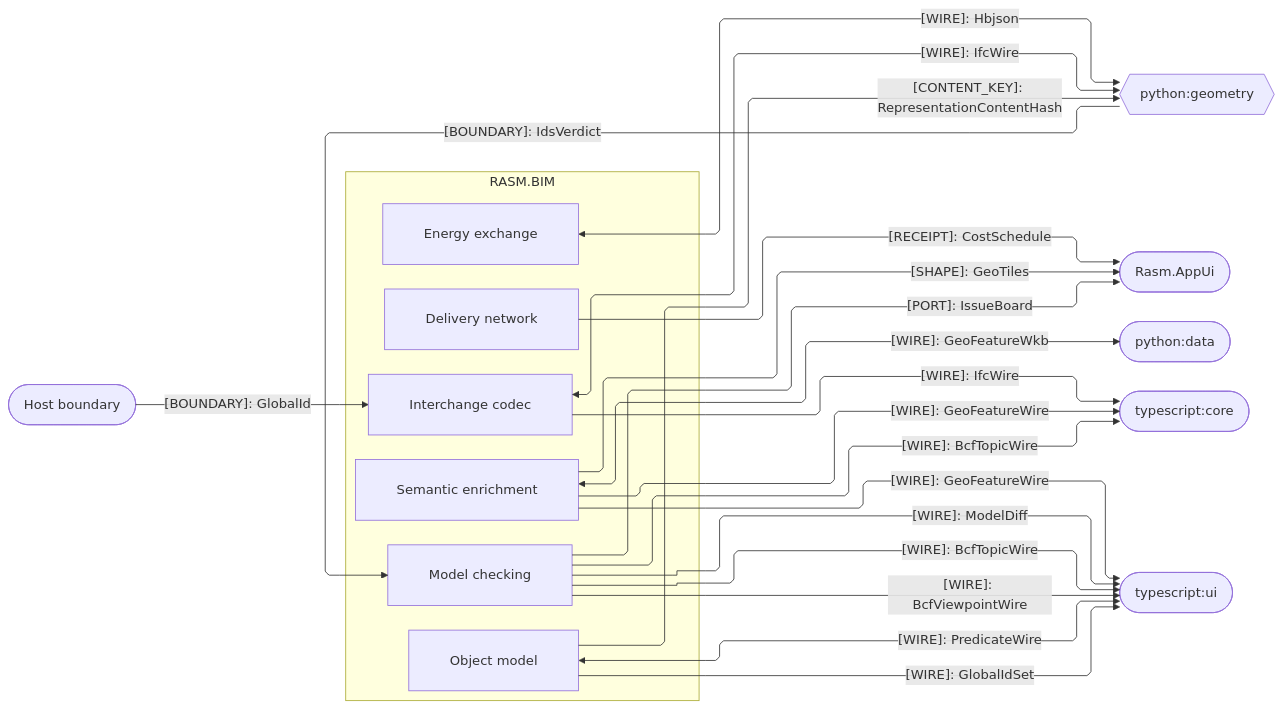
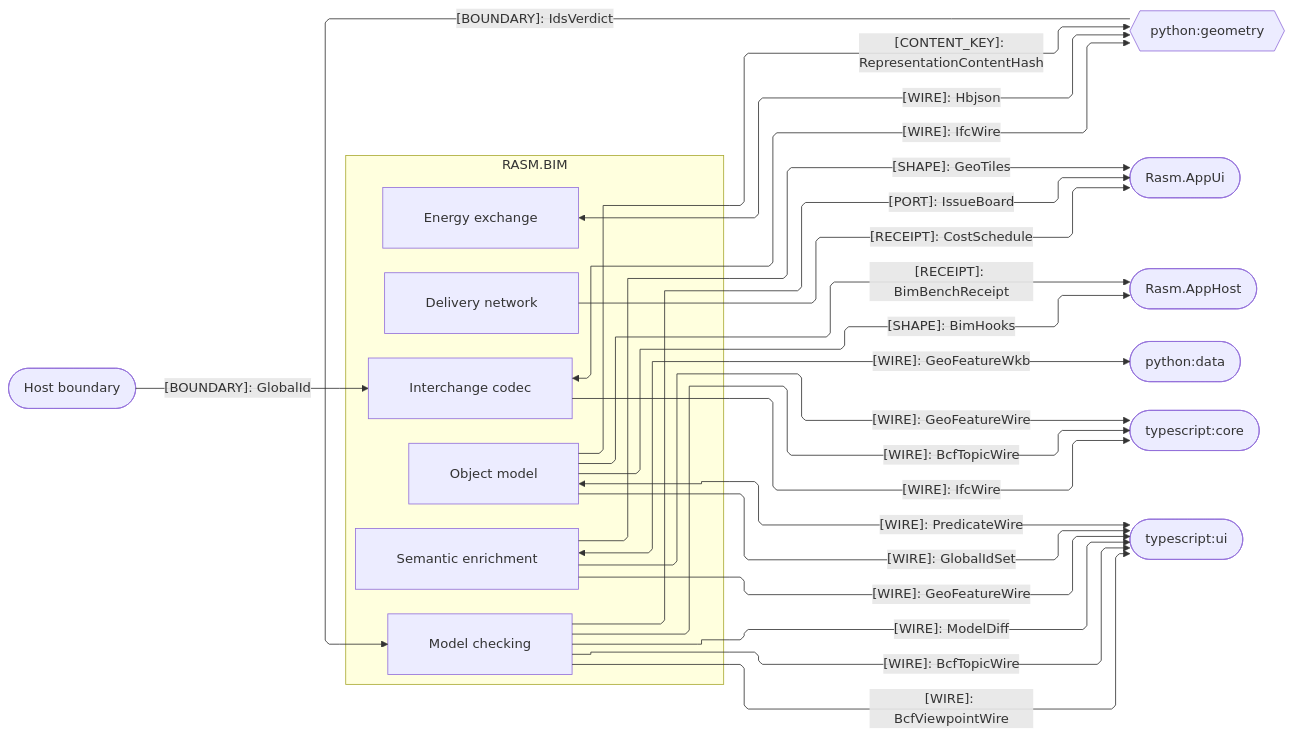
Before and after one commit to bsamiee/Rasm: the third of 3 diagrams in libs/csharp/Rasm.Bim/ARCHITECTURE.md, drawn with Mermaid. The commit also changed other lines of this file and 195 other files, not shown here.

````diff
--- a/libs/csharp/Rasm.Bim/ARCHITECTURE.md
+++ b/libs/csharp/Rasm.Bim/ARCHITECTURE.md
@@ -159,44 +160,47 @@
 ```mermaid
 ---
 config:
   layout: elk
   flowchart:
     curve: linear
     padding: 25
 ---
 flowchart LR
     accTitle: Bim cross-runtime, presentation, and host seams
-    accDescr: Bim sub-domain owners exchanging wires, receipts, and boundaries with the Python geometry and data runtimes, the TypeScript peers, the app shell, and the host boundary — one edge per contract family labeled by kind, bidirectional peers as hexagons, one-way partners as stadiums.
+    accDescr: Bim sub-domain owners exchanging wires, receipts, and boundaries with the Python geometry and data runtimes, the TypeScript peers, the app shell, the app composition root, and the host boundary — one edge per contract family labeled by kind, bidirectional peers as hexagons, one-way partners as stadiums.
     subgraph bim[RASM.BIM]
         Model[Object model]
         Semantics[Semantic enrichment]
         Exchange[Interchange codec]
         Review[Model checking]
         Energy[Energy exchange]
         Planning[Delivery network]
     end
     Geometry{{python:geometry}}
     AppUi([Rasm.AppUi])
+    AppHost([Rasm.AppHost])
     Host([Host boundary])
     Data([python:data])
     Core([typescript:core])
     Ui([typescript:ui])
     Exchange <-->|"[WIRE]: IfcWire"| Geometry
     Model -->|"[CONTENT_KEY]: RepresentationContentHash"| Geometry
     Geometry -->|"[BOUNDARY]: IdsVerdict"| Review
     Energy <-->|"[WIRE]: Hbjson"| Geometry
     Semantics -->|"[SHAPE]: GeoTiles"| AppUi
     Planning -->|"[RECEIPT]: CostSchedule"| AppUi
     Review -->|"[PORT]: IssueBoard"| AppUi
+    Model -->|"[SHAPE]: BimHooks"| AppHost
+    Model -->|"[RECEIPT]: BimBenchReceipt"| AppHost
     Host -->|"[BOUNDARY]: GlobalId"| Exchange
     Semantics <-->|"[WIRE]: GeoFeatureWkb"| Data
     Review -->|"[WIRE]: BcfTopicWire"| Core
     Exchange -->|"[WIRE]: IfcWire"| Core
     Semantics -->|"[WIRE]: GeoFeatureWire"| Core
     Review -->|"[WIRE]: BcfTopicWire"| Ui
     Review -->|"[WIRE]: BcfViewpointWire"| Ui
     Semantics -->|"[WIRE]: GeoFeatureWire"| Ui
     Model <-->|"[WIRE]: PredicateWire"| Ui
     Model -->|"[WIRE]: GlobalIdSet"| Ui
     Review -->|"[WIRE]: ModelDiff"| Ui
 ```
````
